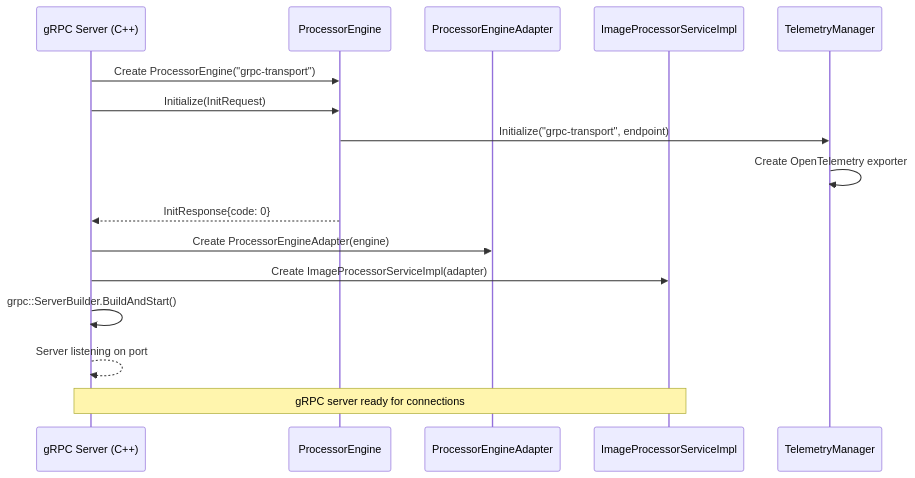
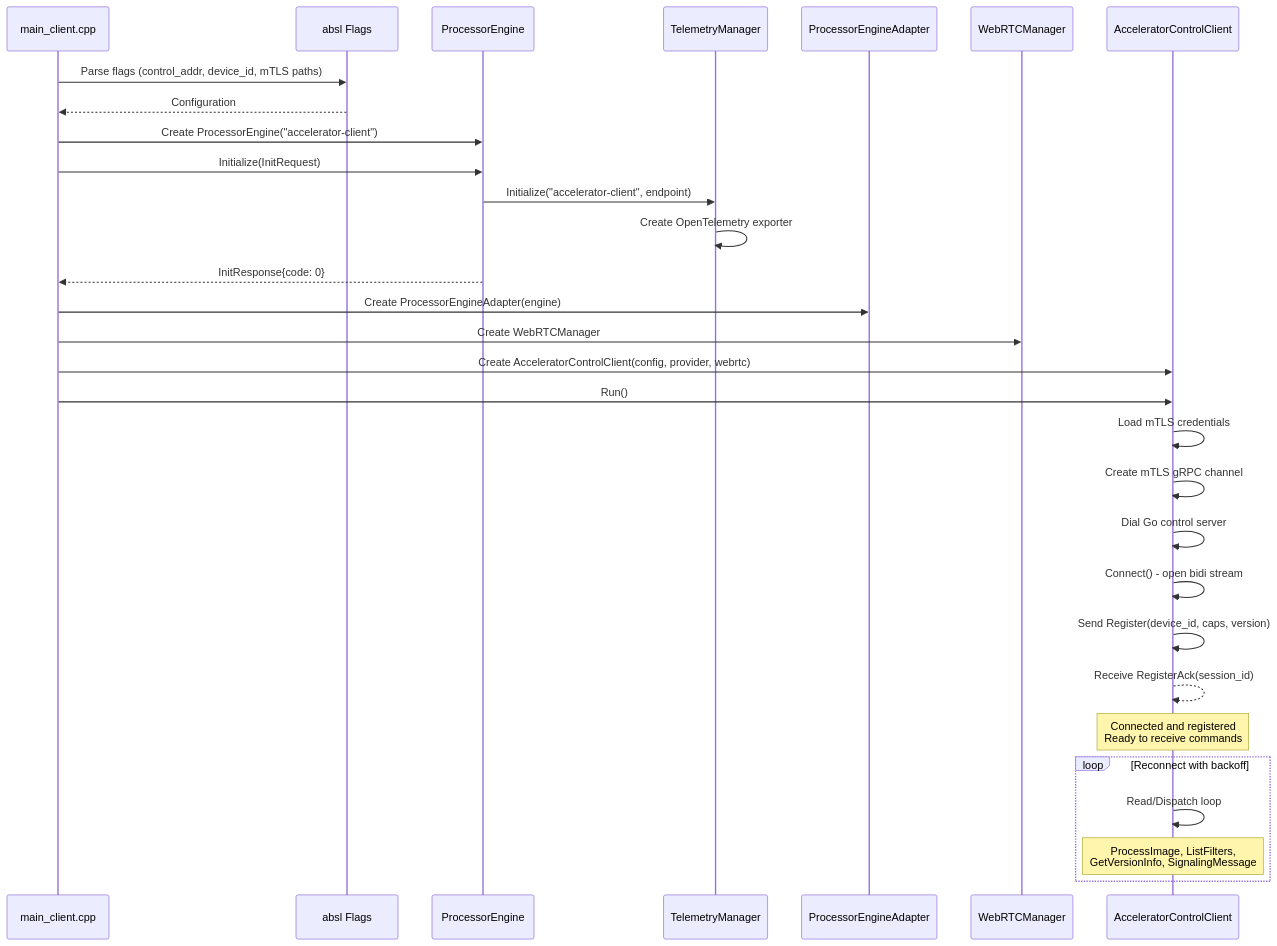
The fourth of 6 diagrams in src/cpp_accelerator/README.md (josnelihurt/learning-cuda), drawn with Mermaid before and after one commit. The commit also changed other lines of this file and 2 other files, not shown here.

Commit message:
docs: documentation update for the new communication schema

````diff
--- a/src/cpp_accelerator/README.md
+++ b/src/cpp_accelerator/README.md
@@ -175,21 +179,38 @@
 ```mermaid
 sequenceDiagram
-    participant Server as gRPC Server (C++)
+    participant Main as main_client.cpp
+    participant Flags as absl Flags
     participant Engine as ProcessorEngine
-    participant Adapter as ProcessorEngineAdapter
-    participant Service as ImageProcessorServiceImpl
     participant TM as TelemetryManager
+    participant Provider as ProcessorEngineAdapter
+    participant WebRTC as WebRTCManager
+    participant Client as AcceleratorControlClient
     
-    Server->>Engine: Create ProcessorEngine("grpc-transport")
-    Server->>Engine: Initialize(InitRequest)
-    Engine->>TM: Initialize("grpc-transport", endpoint)
+    Main->>Flags: Parse flags (control_addr, device_id, mTLS paths)
+    Flags-->>Main: Configuration
+    
+    Main->>Engine: Create ProcessorEngine("accelerator-client")
+    Main->>Engine: Initialize(InitRequest)
+    Engine->>TM: Initialize("accelerator-client", endpoint)
     TM->>TM: Create OpenTelemetry exporter
-    Engine-->>Server: InitResponse{code: 0}
+    Engine-->>Main: InitResponse{code: 0}
     
-    Server->>Adapter: Create ProcessorEngineAdapter(engine)
-    Server->>Service: Create ImageProcessorServiceImpl(adapter)
-    Server->>Server: grpc::ServerBuilder.BuildAndStart()
-    Server-->>Server: Server listening on port
+    Main->>Provider: Create ProcessorEngineAdapter(engine)
+    Main->>WebRTC: Create WebRTCManager
+    Main->>Client: Create AcceleratorControlClient(config, provider, webrtc)
+    Main->>Client: Run()
     
-    Note over Server,Service: gRPC server ready for connections
+    Client->>Client: Load mTLS credentials
+    Client->>Client: Create mTLS gRPC channel
+    Client->>Client: Dial Go control server
+    Client->>Client: Connect() - open bidi stream
+    Client->>Client: Send Register(device_id, caps, version)
+    Client-->>Client: Receive RegisterAck(session_id)
+    
+    Note over Client: Connected and registered<br/>Ready to receive commands
+    
+    loop Reconnect with backoff
+        Client->>Client: Read/Dispatch loop
+        Note over Client: ProcessImage, ListFilters,<br/>GetVersionInfo, SignalingMessage
+    end
 ```
````
